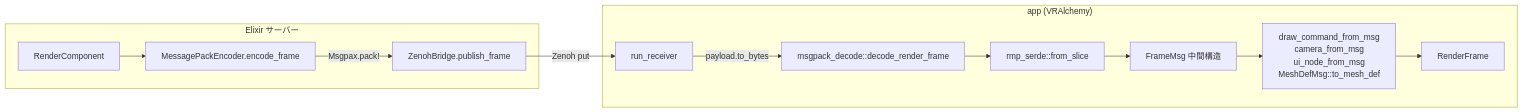
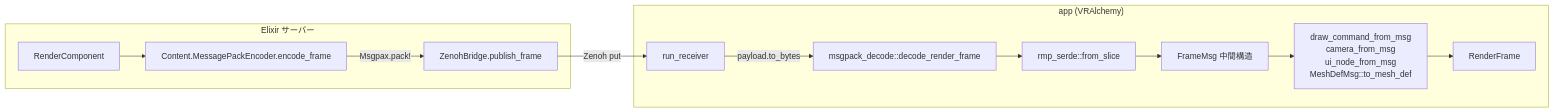
The third of 9 diagrams in docs/architecture/rust/desktop_client.md (FRICK-ELDY/alchemy-engine), drawn with Mermaid before and after one commit. The commit also changed other lines of this file and 7 other files, not shown here.

````diff
--- a/docs/architecture/rust/desktop_client.md
+++ b/docs/architecture/rust/desktop_client.md
@@ -78,26 +78,26 @@
 ```mermaid
 flowchart LR
     subgraph Server["Elixir サーバー"]
         RC[RenderComponent]
-        MPE[MessagePackEncoder.encode_frame]
+        MPE[Content.MessagePackEncoder.encode_frame]
         ZB[ZenohBridge.publish_frame]
     end
 
     subgraph Client["app (VRAlchemy)"]
         Recv[run_receiver]
         Decode[msgpack_decode::decode_render_frame]
         FromSlice[rmp_serde::from_slice]
         FrameMsg[FrameMsg 中間構造]
         Convert[draw_command_from_msg<br/>camera_from_msg<br/>ui_node_from_msg<br/>MeshDefMsg::to_mesh_def]
         RF[RenderFrame]
     end
 
     RC --> MPE
     MPE -->|Msgpax.pack!| ZB
     ZB -->|Zenoh put| Recv
     Recv -->|payload.to_bytes| Decode
     Decode --> FromSlice
     FromSlice --> FrameMsg
     FrameMsg --> Convert
     Convert --> RF
 ```
````
